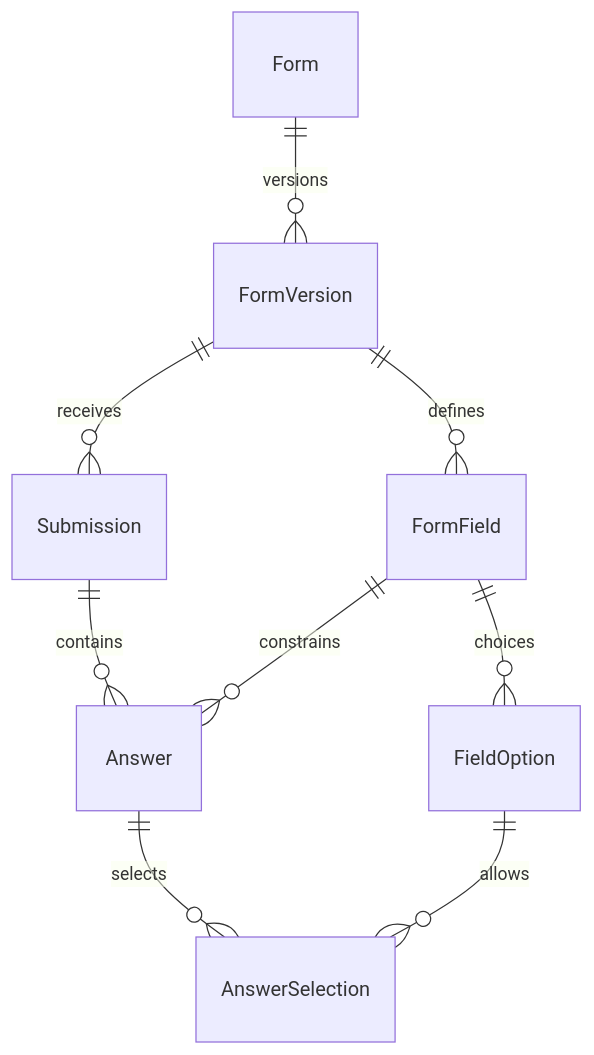
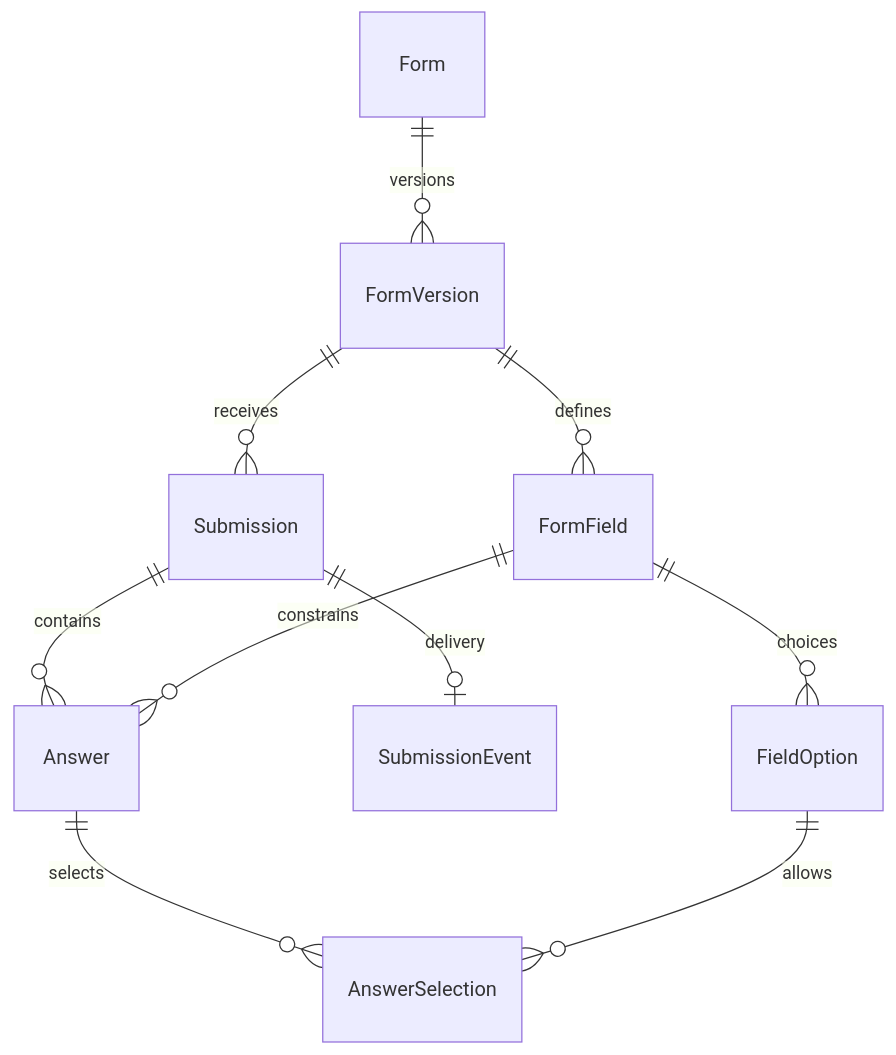
The diagram in docs/data-model.md (topcoder-platform/forms-api-v6), drawn with Mermaid before and after one commit. The commit also changed other lines of this file and 18 other files, not shown here.

````diff
--- a/docs/data-model.md
+++ b/docs/data-model.md
@@ -14,11 +14,12 @@
 ```mermaid
 erDiagram
     Form ||--o{ FormVersion : versions
     FormVersion ||--o{ FormField : defines
     FormField ||--o{ FieldOption : choices
     FormVersion ||--o{ Submission : receives
+    Submission ||--o| SubmissionEvent : delivery
     Submission ||--o{ Answer : contains
     FormField ||--o{ Answer : constrains
     Answer ||--o{ AnswerSelection : selects
     FieldOption ||--o{ AnswerSelection : allows
 ```
````
